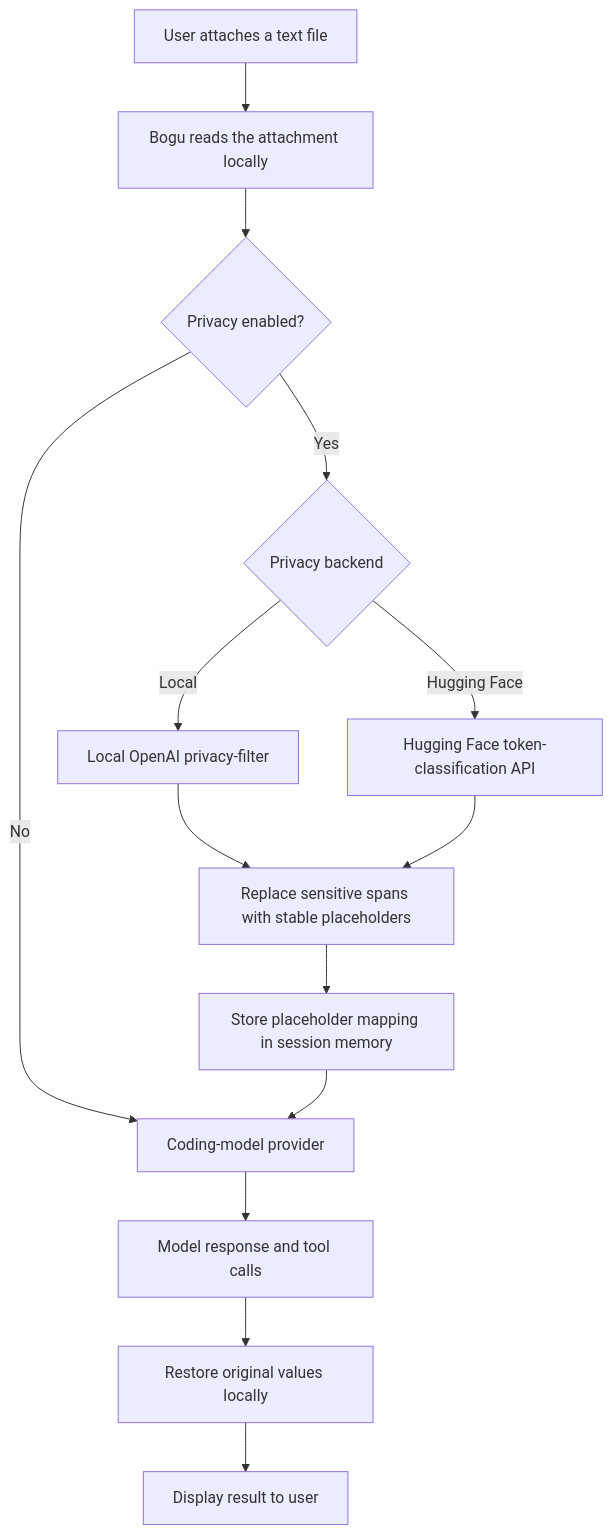
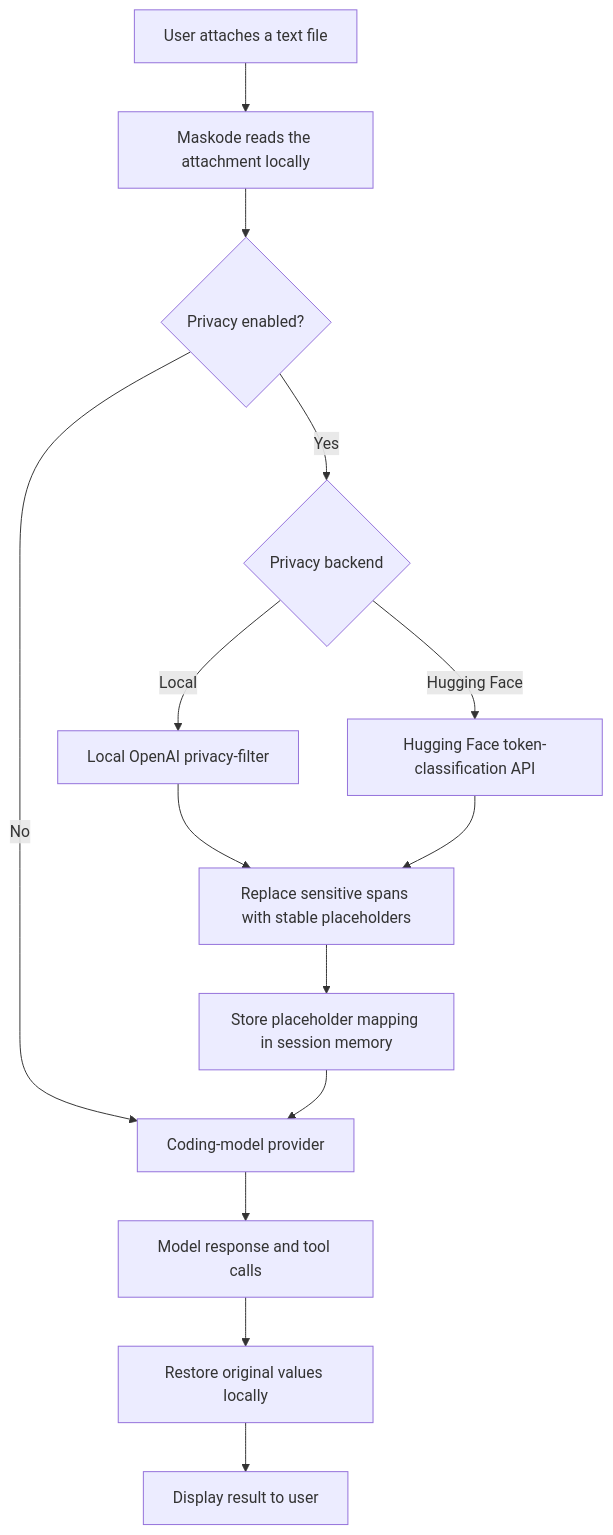
One commit to abdullahalsaidi16/maskode changed the diagram in README.md. Above: the diagram before and after it, drawn with Mermaid. The commit also changed other lines of this file and 37 other files, not shown here.

Commit message:
feat: rename Bogu to Maskode

````diff
--- a/README.md
+++ b/README.md
@@ -53,16 +53,16 @@
 ```mermaid
 flowchart TD
-    A[User attaches a text file] --> B[Bogu reads the attachment locally]
+    A[User attaches a text file] --> B[Maskode reads the attachment locally]
     B --> C{Privacy enabled?}
     C -- No --> H[Coding-model provider]
     C -- Yes --> D{Privacy backend}
     D -- Local --> E[Local OpenAI privacy-filter]
     D -- Hugging Face --> F[Hugging Face token-classification API]
     E --> G[Replace sensitive spans with stable placeholders]
     F --> G
     G --> I[Store placeholder mapping in session memory]
     I --> H
     H --> J[Model response and tool calls]
     J --> K[Restore original values locally]
     K --> L[Display result to user]
 ```
````
